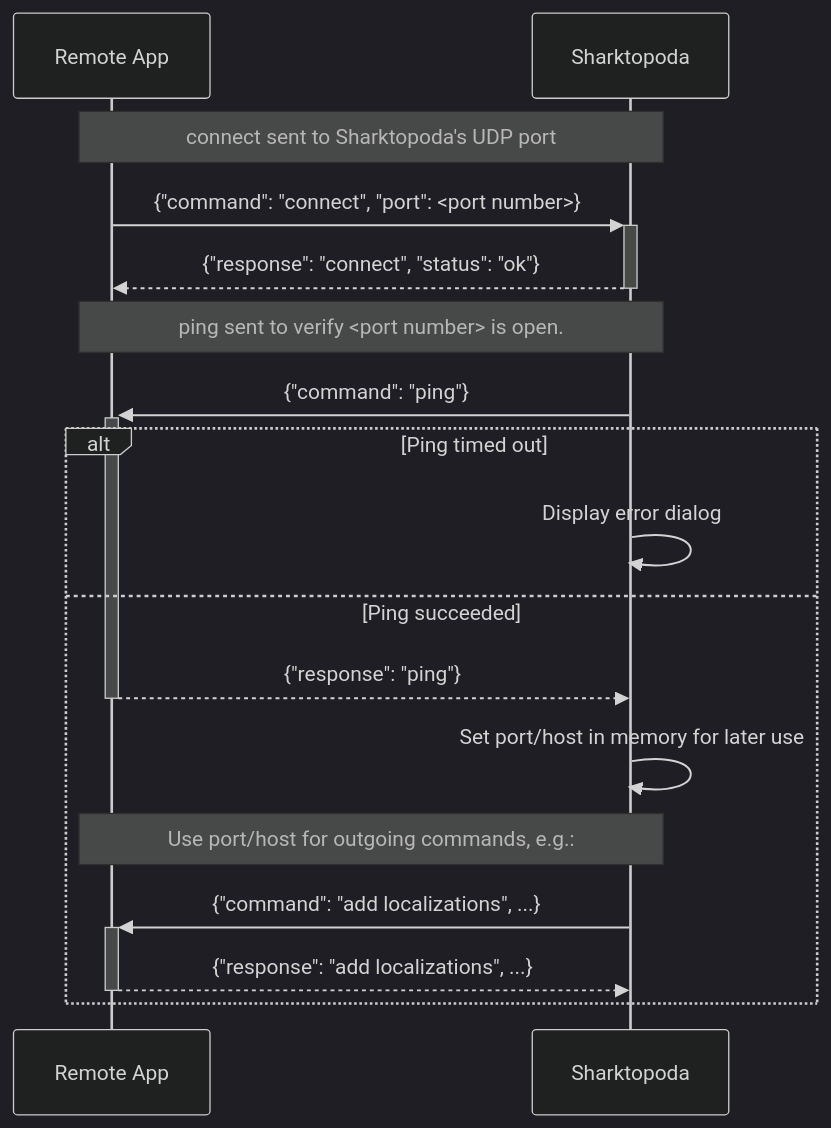
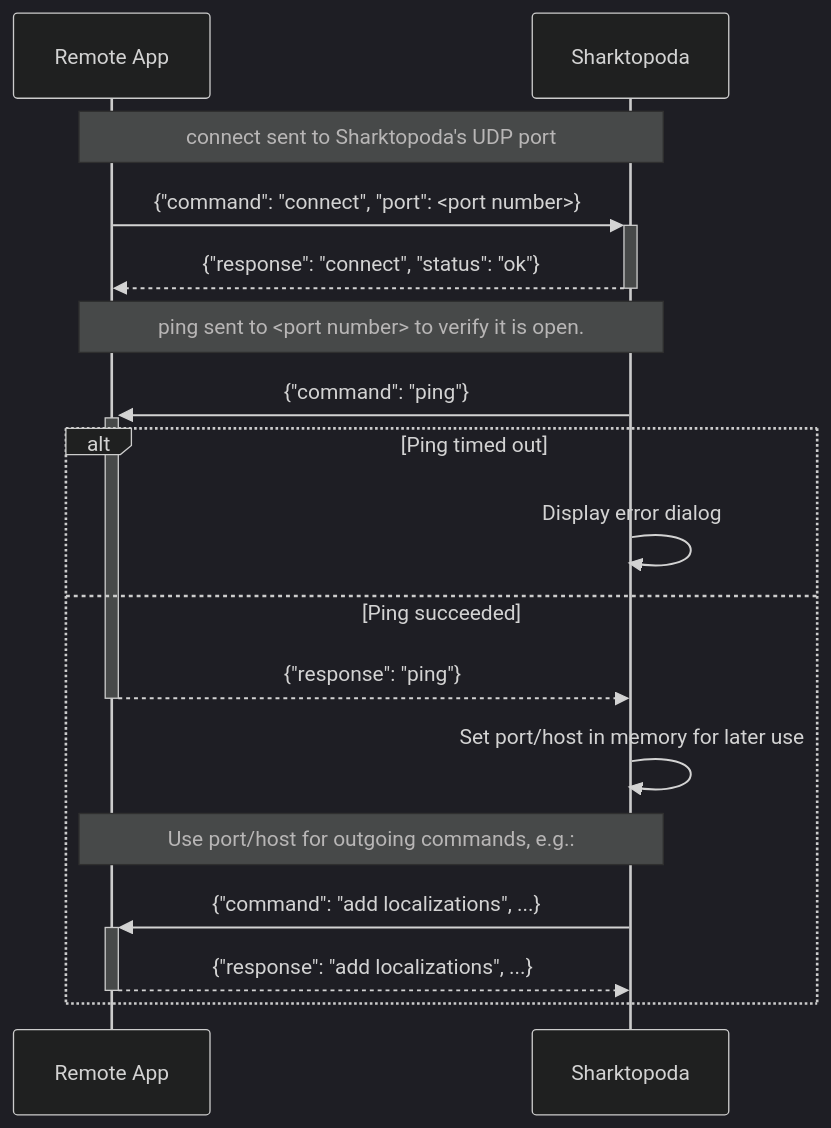
The third of 4 diagrams in docs/requirements/Sharktopoda 2/UDP_Remote_Protocol.md (mbari-org/Sharktopoda1), drawn with Mermaid (dark theme) before and after one commit. The commit also changed other lines of this file, not shown here.

````diff
--- a/docs/requirements/Sharktopoda 2/UDP_Remote_Protocol.md
+++ b/docs/requirements/Sharktopoda 2/UDP_Remote_Protocol.md
@@ -74,21 +74,21 @@
  ```mermaid
 sequenceDiagram 
     participant R as Remote App
     participant S as Sharktopoda
 
     Note over R,S: connect sent to Sharktopoda's UDP port
     R->>+S: {"command": "connect", "port": <port number>}
     S-->>-R: {"response": "connect", "status": "ok"}
 
-    Note over R,S: ping sent to verify <port number> is open.
+    Note over R,S: ping sent to <port number> to verify it is open.
     S->>+R: {"command": "ping"}
     alt Ping timed out
       S->>S: Display error dialog
     else Ping succeeded
       R-->>-S: {"response": "ping"}
       S->>S: Set port/host in memory for later use
       Note over R,S: Use port/host for outgoing commands, e.g.:
       S->>+R: {"command": "add localizations", ...}
       R-->>-S: {"response": "add localizations", ...}
     end
  ```
````
